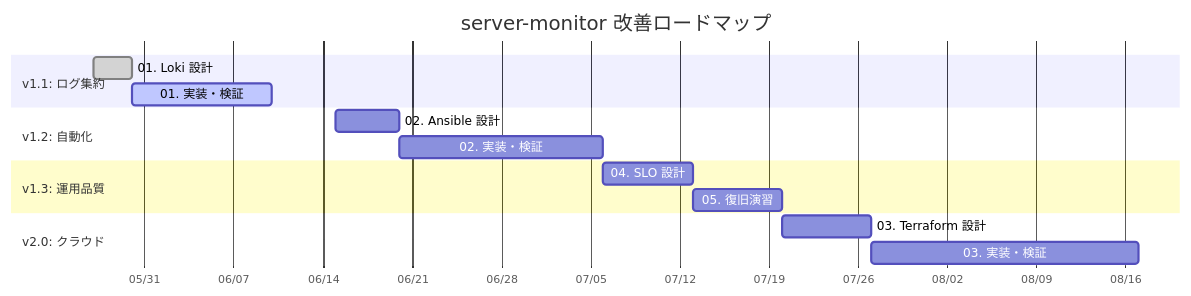
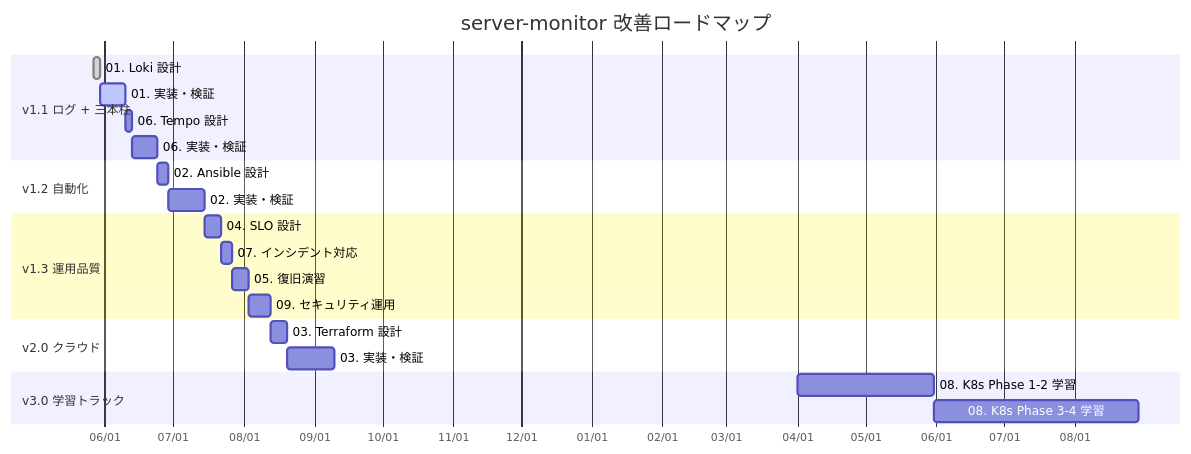
One commit to ns7jp/ns7jp changed the first of 2 diagrams in docs/server-monitor-improvements/README.md. Above: the diagram before and after it, drawn with Mermaid. The commit also changed other lines of this file and 11 other files, not shown here.

````diff
--- a/docs/server-monitor-improvements/README.md
+++ b/docs/server-monitor-improvements/README.md
@@ -24,22 +35,30 @@
 ```mermaid
 gantt
     title server-monitor 改善ロードマップ
     dateFormat YYYY-MM-DD
     axisFormat %m/%d
 
-    section v1.1: ログ集約
-    01. Loki 設計        :done, l1, 2026-05-27, 3d
-    01. 実装・検証       :active, l2, after l1, 11d
+    section v1.1 ログ + 三本柱
+    01. Loki 設計           :done, l1, 2026-05-27, 3d
+    01. 実装・検証          :active, l2, after l1, 11d
+    06. Tempo 設計          :tr1, after l2, 3d
+    06. 実装・検証          :tr2, after tr1, 11d
 
-    section v1.2: 自動化
-    02. Ansible 設計     :a1, 2026-06-15, 5d
-    02. 実装・検証       :a2, after a1, 16d
+    section v1.2 自動化
+    02. Ansible 設計        :a1, after tr2, 5d
+    02. 実装・検証          :a2, after a1, 16d
 
-    section v1.3: 運用品質
-    04. SLO 設計         :s1, 2026-07-06, 7d
-    05. 復旧演習         :b1, 2026-07-13, 7d
+    section v1.3 運用品質
+    04. SLO 設計            :s1, after a2, 7d
+    07. インシデント対応    :ir1, after s1, 5d
+    05. 復旧演習            :b1, after ir1, 7d
+    09. セキュリティ運用    :se1, after b1, 10d
 
-    section v2.0: クラウド
-    03. Terraform 設計   :t1, 2026-07-20, 7d
-    03. 実装・検証       :t2, after t1, 21d
+    section v2.0 クラウド
+    03. Terraform 設計      :t1, after se1, 7d
+    03. 実装・検証          :t2, after t1, 21d
+
+    section v3.0 学習トラック
+    08. K8s Phase 1-2 学習  :k1, 2027-04-01, 60d
+    08. K8s Phase 3-4 学習  :k2, after k1, 90d
 ```
````
